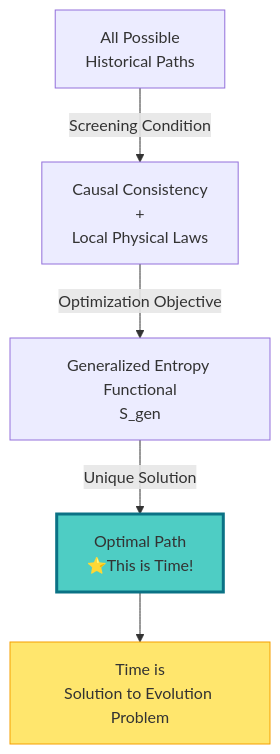
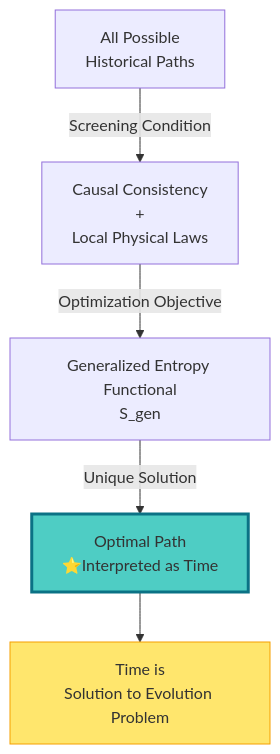
Before and after one commit to loning/zeckendorf-hilbert: the third of 13 diagrams in docs/euler-article/gls-union/05-unified-time/08-time-as-entropy_en.md, drawn with Mermaid. The commit also changed other lines of this file and 111 other files, not shown here.

````diff
--- a/docs/euler-article/gls-union/05-unified-time/08-time-as-entropy_en.md
+++ b/docs/euler-article/gls-union/05-unified-time/08-time-as-entropy_en.md
@@ -61,11 +61,11 @@
 ```mermaid
 graph TD
     A["All Possible<br/>Historical Paths"] -->|Screening Condition| B["Causal Consistency<br/>+<br/>Local Physical Laws"]
     B -->|Optimization Objective| C["Generalized Entropy Functional<br/>S_gen"]
-    C -->|Unique Solution| D["Optimal Path<br/>⭐This is Time!"]
+    C -->|Unique Solution| D["Optimal Path<br/>⭐Interpreted as Time"]
 
     D --> E["Time is<br/>Solution to Evolution Problem"]
 
     style D fill:#4ecdc4,stroke:#0b7285,stroke-width:3px
     style E fill:#ffe66d,stroke:#f59f00
 ```
````
